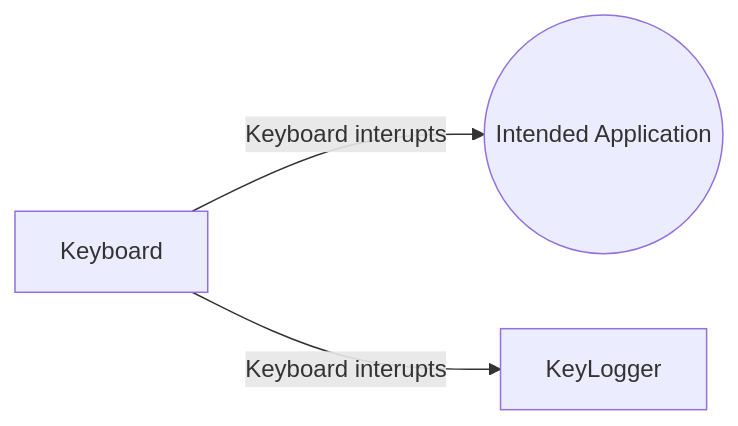
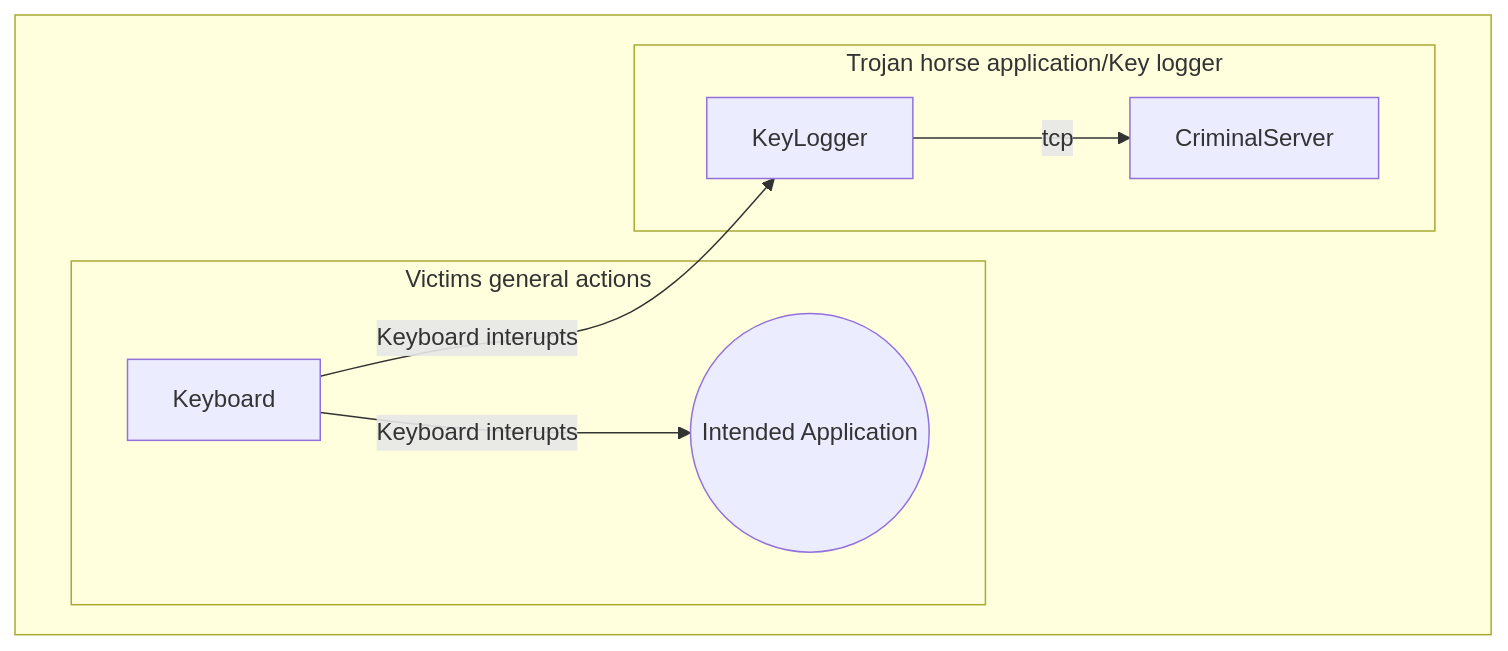
The first of 3 diagrams in README.md (EECE3093C/team-project-team-orange), drawn with Mermaid before and after one commit. The commit also changed other lines of this file, not shown here.

Commit message:
Added application information

````diff
--- a/README.md
+++ b/README.md
@@ -24,5 +26,13 @@
 ```mermaid
 flowchart LR
+subgraph " "
+    direction LR
+    subgraph intended[Victims general actions]
     Keyboard -->|Keyboard interupts| id1((Intended Application))
+    end
+    subgraph criminal[Trojan horse application/Key logger]
     Keyboard -->|Keyboard interupts| KeyLogger
+    KeyLogger -->|tcp| CriminalServer
+    end
+end
 ```
````
